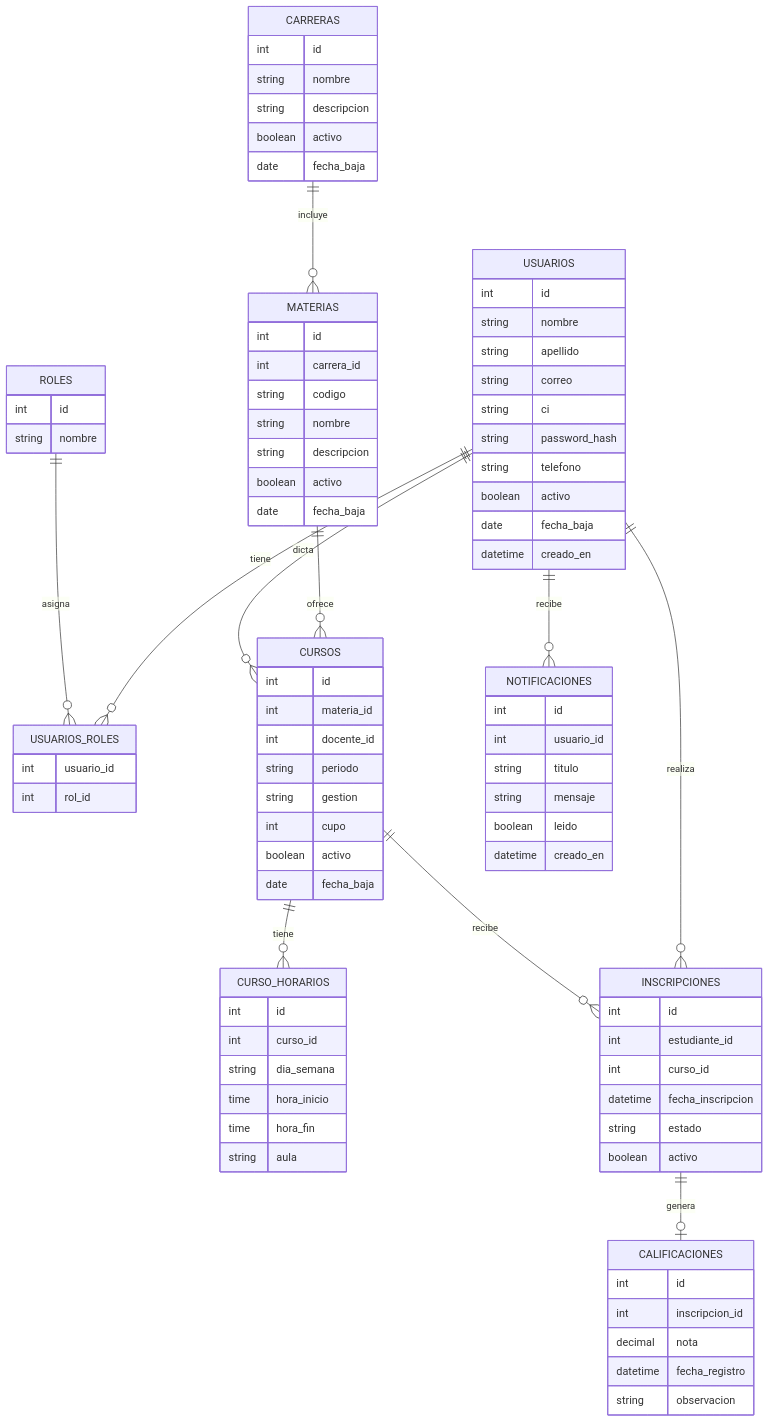
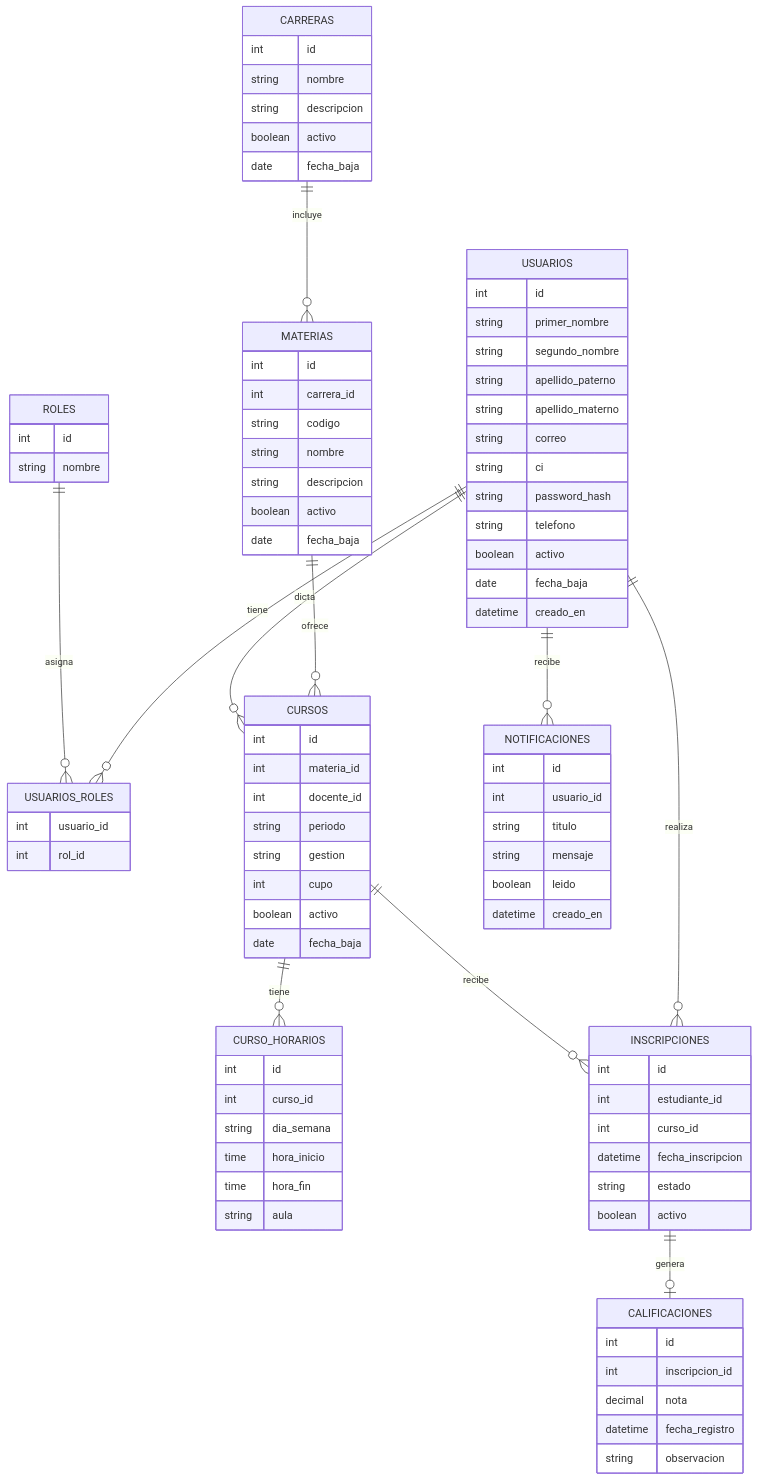
The second of 14 diagrams in README.md (elunboundfiremail/WebAppAcademico), drawn with Mermaid before and after one commit. The commit also changed other lines of this file, not shown here.

```diff
--- a/README.md
+++ b/README.md
@@ -164,8 +164,10 @@
 
   USUARIOS {
     int id
-    string nombre
-    string apellido
+    string primer_nombre
+    string segundo_nombre
+    string apellido_paterno
+    string apellido_materno
     string correo
     string ci
     string password_hash
```
